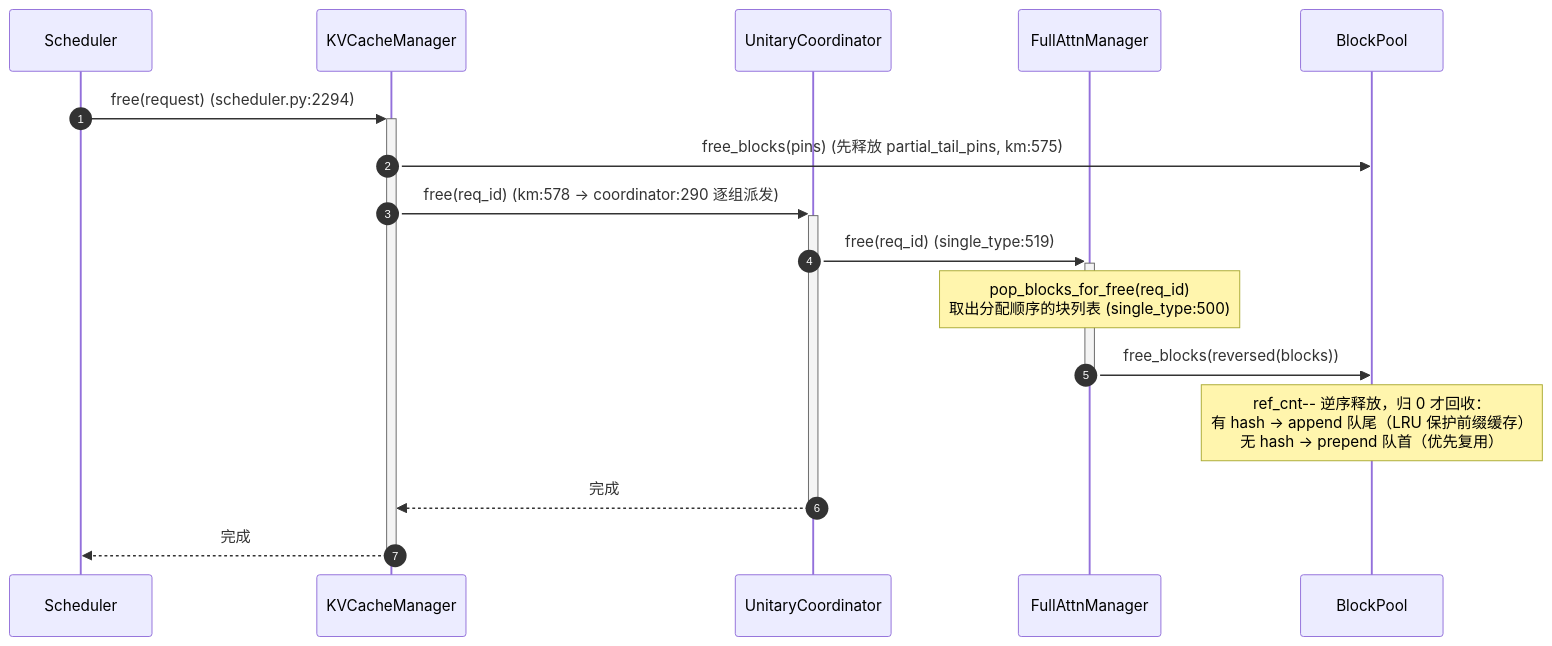
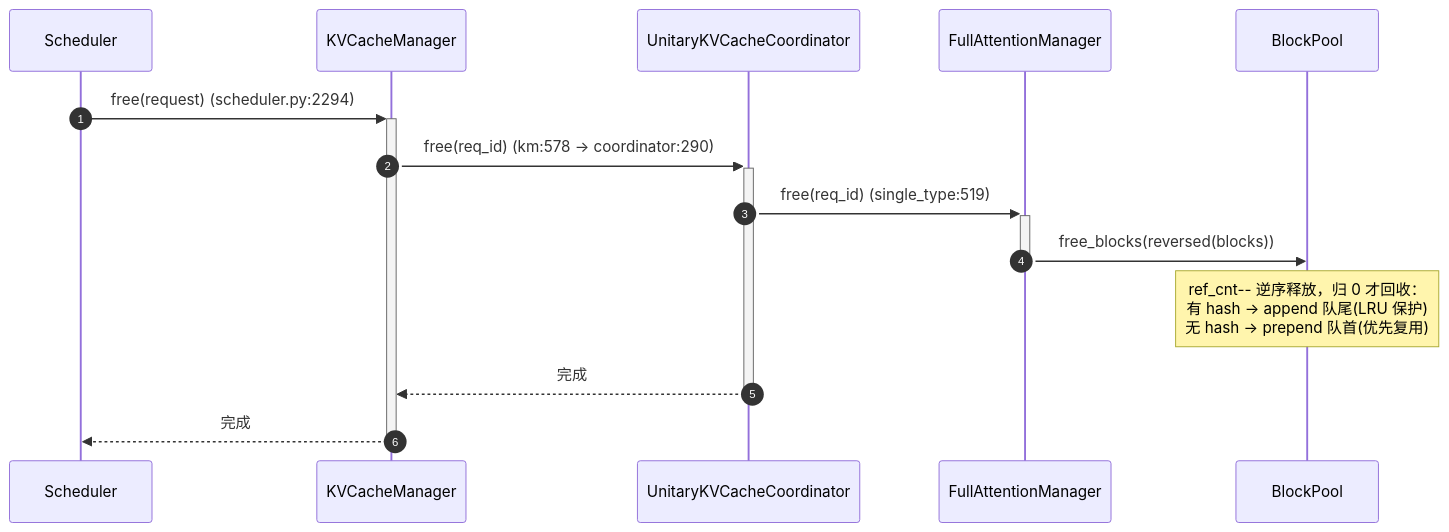
Before and after one commit to GoCHug/vllm: the seventh of 8 diagrams in vllm/v1/core/kvcache_docs/0_end_to_end_sequence.md, drawn with Mermaid. The commit also changed other lines of this file, not shown here.

````diff
--- a/vllm/v1/core/kvcache_docs/0_end_to_end_sequence.md
+++ b/vllm/v1/core/kvcache_docs/0_end_to_end_sequence.md
@@ -535,19 +295,16 @@
 ```mermaid
 sequenceDiagram
     autonumber
     participant S as Scheduler
     participant KM as KVCacheManager
-    participant CO as UnitaryCoordinator
-    participant FM as FullAttnManager
+    participant CO as UnitaryKVCacheCoordinator
+    participant FM as FullAttentionManager
     participant BP as BlockPool
-
     S->>+KM: free(request)   (scheduler.py:2294)
-    KM->>BP: free_blocks(pins)   (先释放 partial_tail_pins, km:575)
-    KM->>+CO: free(req_id)   (km:578 → coordinator:290 逐组派发)
+    KM->>+CO: free(req_id)   (km:578 → coordinator:290)
     CO->>+FM: free(req_id)   (single_type:519)
-    Note over FM: pop_blocks_for_free(req_id)<br/>取出分配顺序的块列表 (single_type:500)
     FM->>-BP: free_blocks(reversed(blocks))
-    Note over BP: ref_cnt-- 逆序释放，归 0 才回收：<br/>有 hash → append 队尾（LRU 保护前缀缓存）<br/>无 hash → prepend 队首（优先复用）
+    Note over BP: ref_cnt-- 逆序释放，归 0 才回收：<br/>有 hash → append 队尾(LRU 保护)<br/>无 hash → prepend 队首(优先复用)
     CO-->>-KM: 完成
     KM-->>-S: 完成
 ```
````
